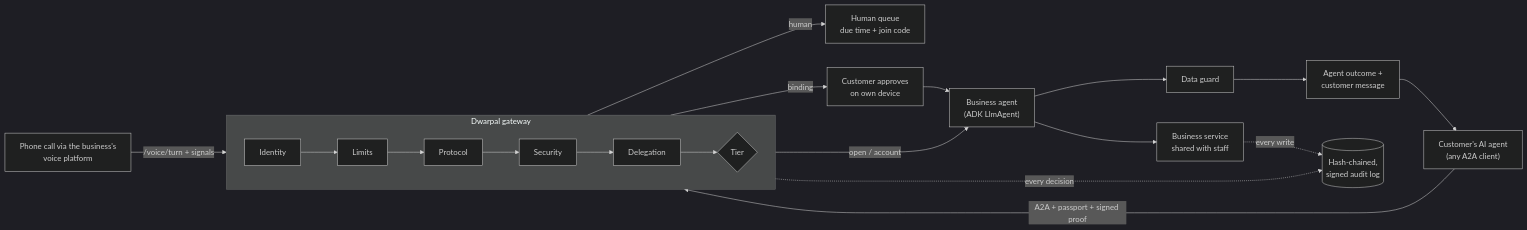
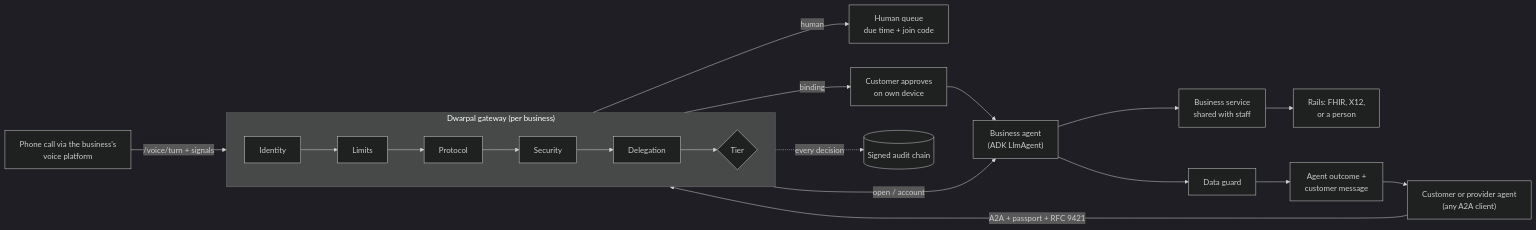
Before and after one commit to akshaynara/dwarpal: the diagram in README.md, drawn with Mermaid (dark theme). The commit also changed other lines of this file and 34 other files, not shown here.

First line of the commit message:
Dwarpal v1.0: standards, real rails, metrics and production mode

````diff
--- a/README.md
+++ b/README.md
@@ -130,16 +103,15 @@
 ```mermaid
 flowchart LR
-  C["Customer's AI agent<br/>(any A2A client)"] -- "A2A + passport + signed proof" --> G
+  C["Customer or provider agent<br/>(any A2A client)"] -- "A2A + passport + RFC 9421" --> G
   V["Phone call via the business's<br/>voice platform"] -- "/voice/turn + signals" --> G
-  subgraph G["Dwarpal gateway"]
+  subgraph G["Dwarpal gateway (per business)"]
     direction LR
     I[Identity] --> L[Limits] --> P[Protocol] --> S[Security] --> D[Delegation] --> T{Tier}
   end
   T -- human --> Q[Human queue<br/>due time + join code]
   T -- binding --> U[Customer approves<br/>on own device] --> B
   T -- open / account --> B["Business agent<br/>(ADK LlmAgent)"]
-  B --> SV[Business service<br/>shared with staff] 
+  B --> SV[Business service<br/>shared with staff] --> R[Rails: FHIR, X12,<br/>or a person]
   B --> DG[Data guard] --> M[Agent outcome +<br/>customer message] --> C
-  G -. every decision .-> A[(Hash-chained,<br/>signed audit log)]
-  SV -. every write .-> A
+  G -. every decision .-> A[(Signed audit chain)]
 ```
````
